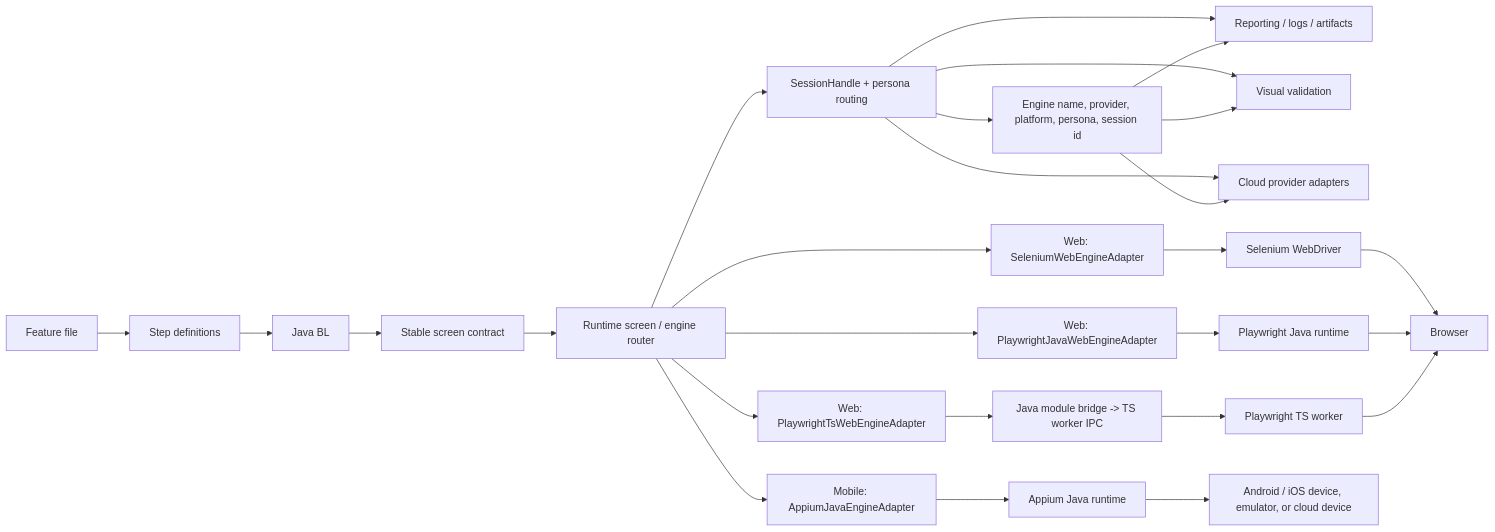
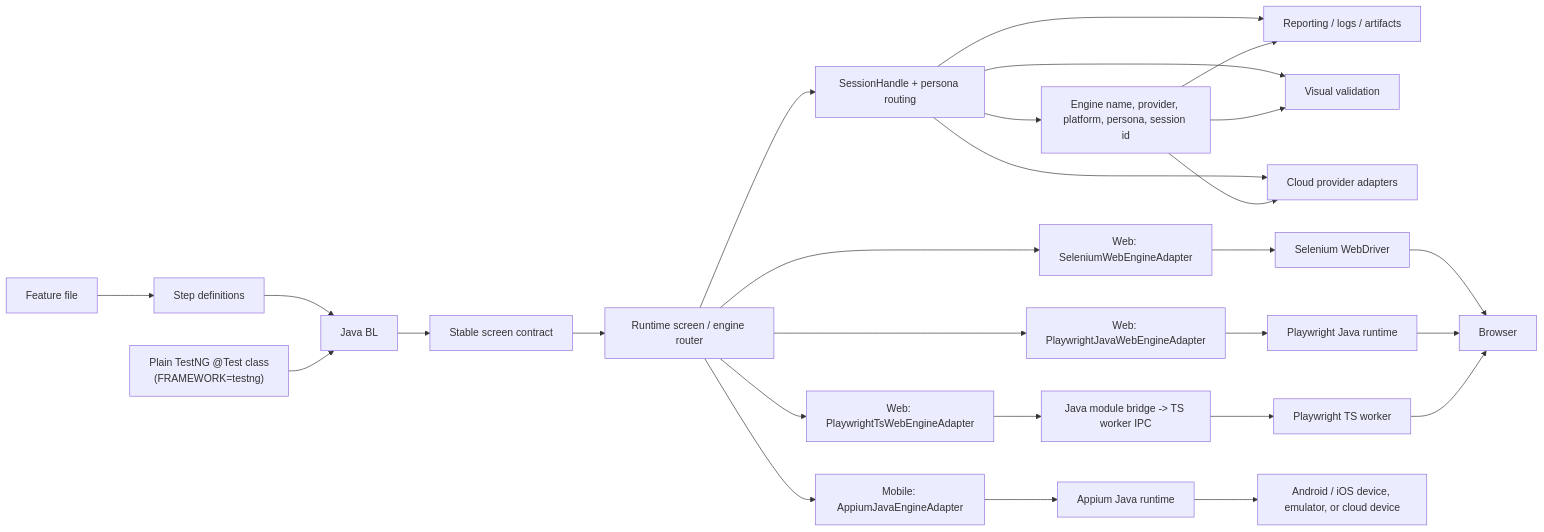
The first of 3 diagrams in docs/internals/Architecture-README.md (anandbagmar/teswiz), drawn with Mermaid before and after one commit. The commit also changed other lines of this file and 76 other files, not shown here.

````diff
--- a/docs/internals/Architecture-README.md
+++ b/docs/internals/Architecture-README.md
@@ -26,33 +26,34 @@
 ```mermaid
 flowchart LR
     F[Feature file] --> S[Step definitions]
     S --> BL[Java BL]
+    TNG["Plain TestNG @Test class<br/>(FRAMEWORK=testng)"] --> BL
     BL --> SC[Stable screen contract]
     SC --> ROUTER[Runtime screen / engine router]
 
     ROUTER --> SH[SessionHandle + persona routing]
     SH --> REP[Reporting / logs / artifacts]
     SH --> VIS[Visual validation]
     SH --> CLOUD[Cloud provider adapters]
 
     ROUTER --> WSEL[Web: SeleniumWebEngineAdapter]
     ROUTER --> WPJ[Web: PlaywrightJavaWebEngineAdapter]
     ROUTER --> WPTS[Web: PlaywrightTsWebEngineAdapter]
     ROUTER --> MAPP[Mobile: AppiumJavaEngineAdapter]
 
     WSEL --> WD[Selenium WebDriver]
     WPJ --> PWJ[Playwright Java runtime]
     WPTS --> IPC[Java module bridge -> TS worker IPC]
     IPC --> PWT[Playwright TS worker]
     MAPP --> APP[Appium Java runtime]
 
     WD --> B[Browser]
     PWJ --> B
     PWT --> B
     APP --> D[Android / iOS device, emulator, or cloud device]
 
     SH --> META[Engine name, provider, platform, persona, session id]
     META --> REP
     META --> VIS
     META --> CLOUD
 ```
````
